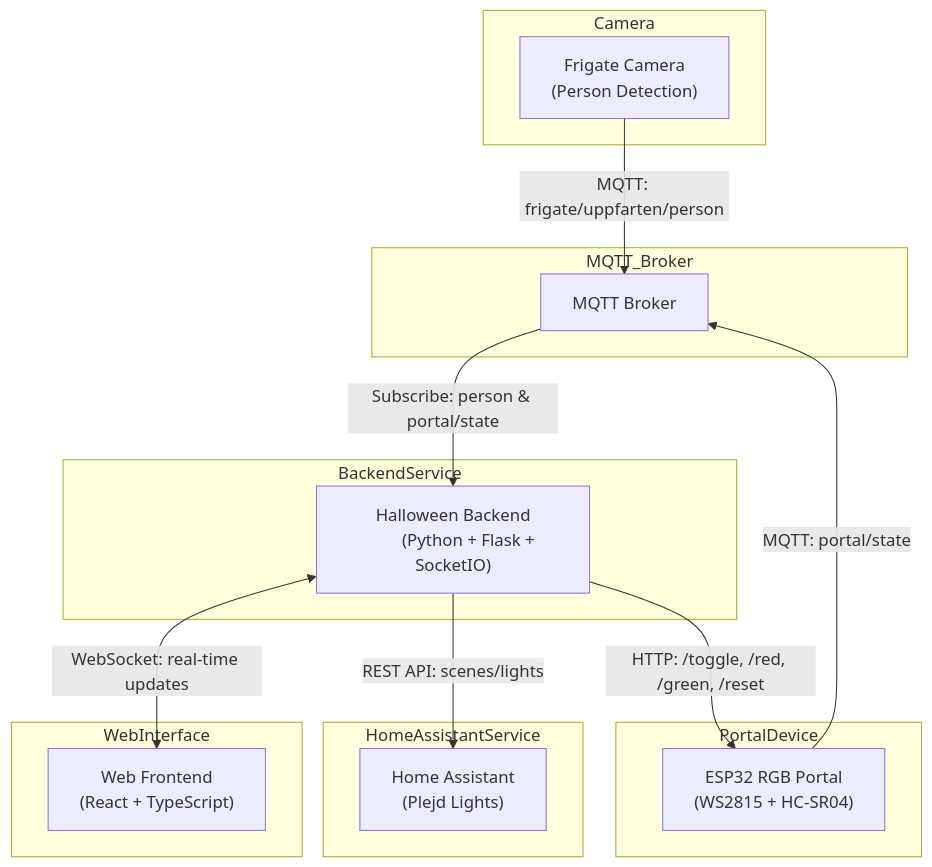
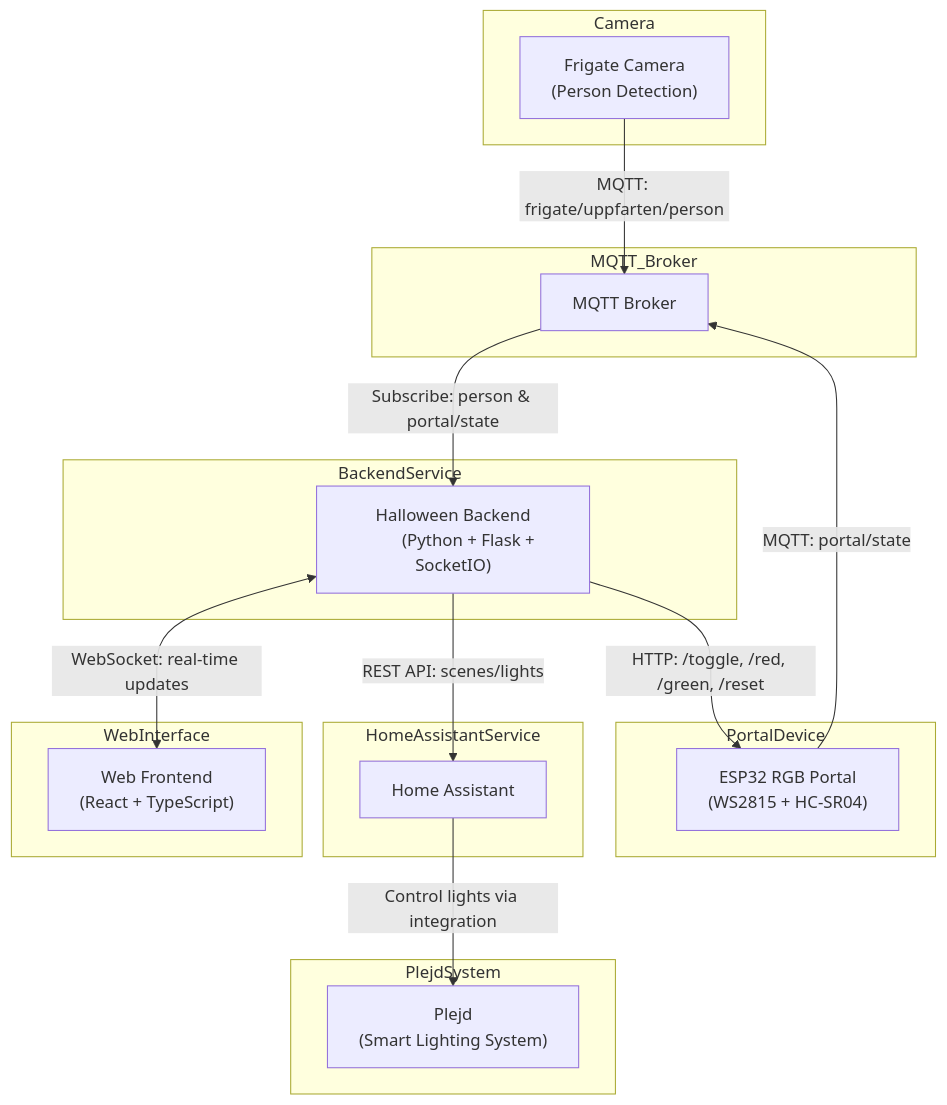
Before and after one commit to sandnabba/halloween_handler: the first of 2 diagrams in ARCHITECTURE.md, drawn with Mermaid. The commit also changed other lines of this file and 12 other files, not shown here.

````diff
--- a/ARCHITECTURE.md
+++ b/ARCHITECTURE.md
@@ -5,39 +5,44 @@
 ```mermaid
 flowchart TB
     subgraph Camera
         Frigate["Frigate Camera
         (Person Detection)"]
     end
 
     subgraph MQTT_Broker
         MQTTBroker["MQTT Broker"]
     end
 
     subgraph BackendService
         Backend["Halloween Backend
         (Python + Flask + SocketIO)"]
     end
 
     subgraph PortalDevice
         ESP32["ESP32 RGB Portal
         (WS2815 + HC-SR04)"]
     end
 
     subgraph HomeAssistantService
-        HA["Home Assistant
-        (Plejd Lights)"]
+        HA["Home Assistant"]
+    end
+
+    subgraph PlejdSystem
+        Plejd["Plejd
+        (Smart Lighting System)"]
     end
 
     subgraph WebInterface
         WebUI["Web Frontend
         (React + TypeScript)"]
     end
 
     Frigate -->|"MQTT: frigate/uppfarten/person"| MQTTBroker
     ESP32 -->|"MQTT: portal/state"| MQTTBroker
     MQTTBroker -->|"Subscribe: person & portal/state"| Backend
 
     Backend -->|"HTTP: /toggle, /red, /green, /reset"| ESP32
     Backend -->|"REST API: scenes/lights"| HA
+    HA -->|"Control lights via integration"| Plejd
     Backend <-->|"WebSocket: real-time updates"| WebUI
 ```
````
